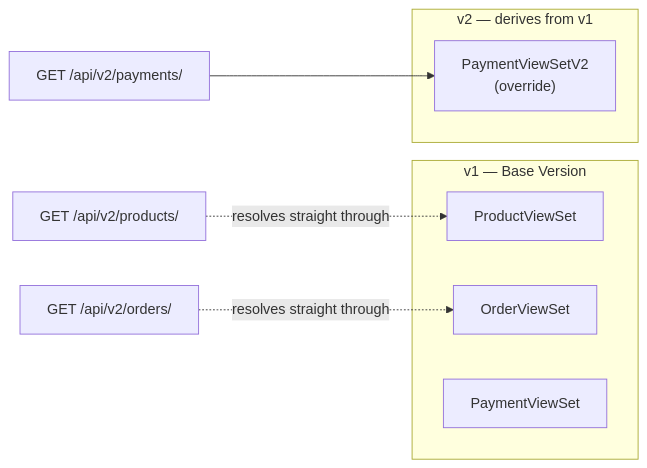
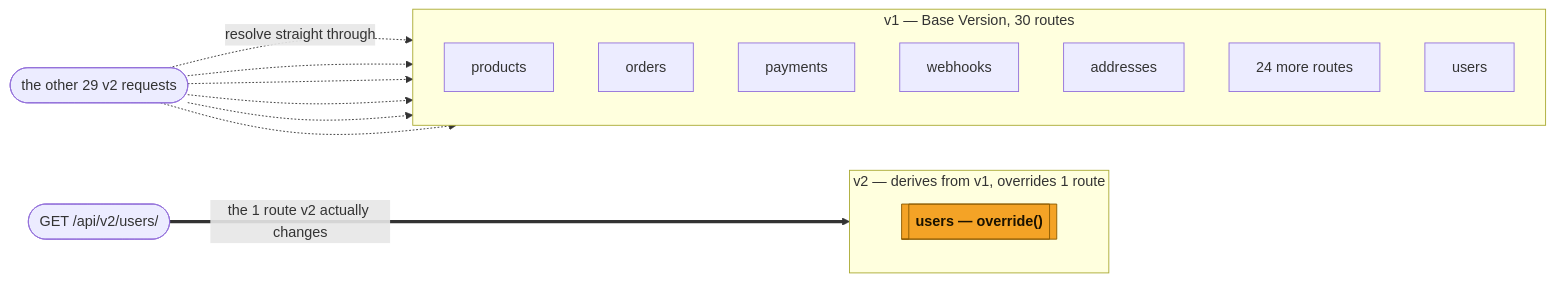
One commit to edraobdu/apiver changed the diagram in docs/index.md. Above: the diagram before and after it, drawn with Mermaid. The commit also changed other lines of this file and 4 other files, not shown here.

````diff
--- a/docs/index.md
+++ b/docs/index.md
@@ -11,15 +9,30 @@
 ```mermaid
 flowchart LR
-    subgraph v1["v1 — Base Version"]
-        P1["ProductViewSet"]
-        O1["OrderViewSet"]
-        Pay1["PaymentViewSet"]
-    end
-    subgraph v2["v2 — derives from v1"]
-        Pay2["PaymentViewSetV2\n(override)"]
+    subgraph V1["v1 — Base Version, 30 routes"]
+        direction TB
+        products1["products"]
+        orders1["orders"]
+        payments1["payments"]
+        webhooks1["webhooks"]
+        addresses1["addresses"]
+        rest1["24 more routes"]
+        users1["users"]
     end
 
-    ReqA["GET /api/v2/products/"] -.resolves straight through.-> P1
-    ReqB["GET /api/v2/orders/"] -.resolves straight through.-> O1
-    ReqC["GET /api/v2/payments/"] --> Pay2
+    subgraph V2["v2 — derives from v1, overrides 1 route"]
+        direction TB
+        users2[["users — override()"]]
+    end
+
+    classDef overridden fill:#f4a326,stroke:#8a5a00,color:#1a1200,font-weight:bold;
+    class users2 overridden;
+
+    untouched(["the other 29 v2 requests"]) -. "resolve straight through" .-> products1
+    untouched -.-> orders1
+    untouched -.-> payments1
+    untouched -.-> webhooks1
+    untouched -.-> addresses1
+    untouched -.-> rest1
+
+    changed(["GET /api/v2/users/"]) ==>|"the 1 route v2 actually changes"| users2
 ```
````
